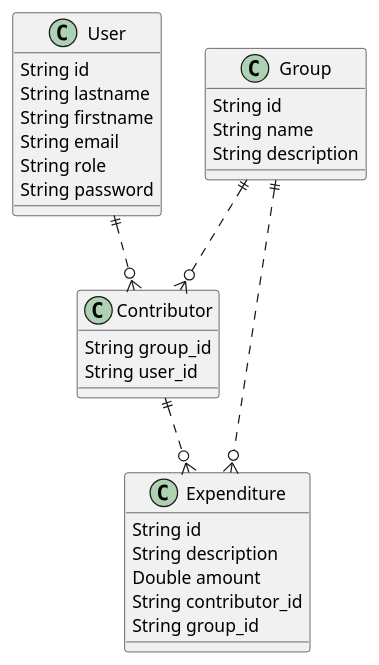
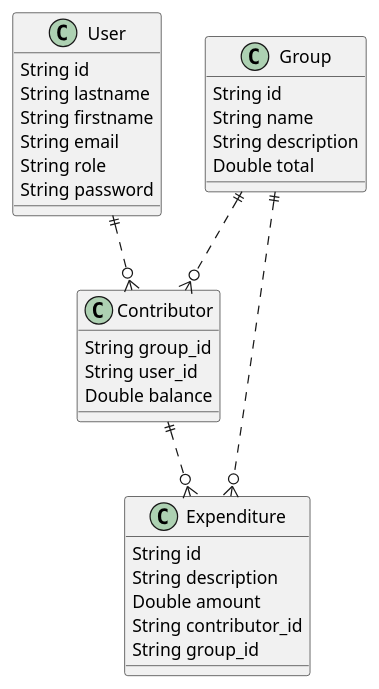
Before and after one commit to PatrickLaubscher/examrest: the diagram in uml-bdd.puml, drawn with PlantUML. The commit also changed 12 other files, not shown here.

```diff
--- a/uml-bdd.puml
+++ b/uml-bdd.puml
@@ -1,39 +1,41 @@
-@startuml
+@startuml UML
 
 class User {
     String id
     String lastname
     String firstname
     String email
     String role
     String password
 }
 
 
 class Expenditure {
     String id
     String description
     Double amount
     String contributor_id
     String group_id
 }
 
 class Group {
     String id
     String name
     String description
+    Double total
 }
 
 class Contributor {
     String group_id
     String user_id
+    Double balance
 }
 
 
 Contributor ||..o{ Expenditure
 Group ||..o{ Expenditure
 User ||..o{ Contributor
 Group ||..o{ Contributor
 
 
 @enduml
```
